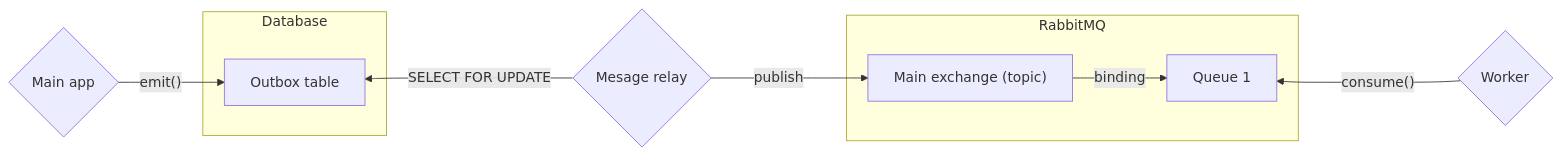
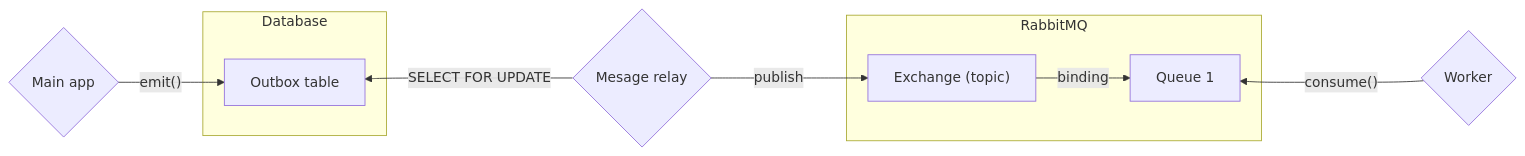
The first of 2 diagrams in README.md (kbairak/outbox), drawn with Mermaid before and after one commit. The commit also changed other lines of this file and 2 other files, not shown here.

````diff
--- a/README.md
+++ b/README.md
@@ -5,19 +5,19 @@
 ```mermaid
 flowchart LR
     MA{Main app} -->|"emit()"| DB[Outbox table]
     DB ~~~ MR{Mesage relay}
     MR -->|SELECT FOR UPDATE| DB
     MR ~~~ DB
-    MR --->|publish| ME["Main exchange (topic)"]
+    MR --->|publish| ME["Exchange (topic)"]
 
     subgraph Database
     DB
     end
 
     subgraph RabbitMQ
     ME -->|binding| Q1[Queue 1]
     end
 
     Q1 ~~~ W{Worker} --->|"consume()"| Q1
     W{Worker} ~~~ Q1
 ```
````
